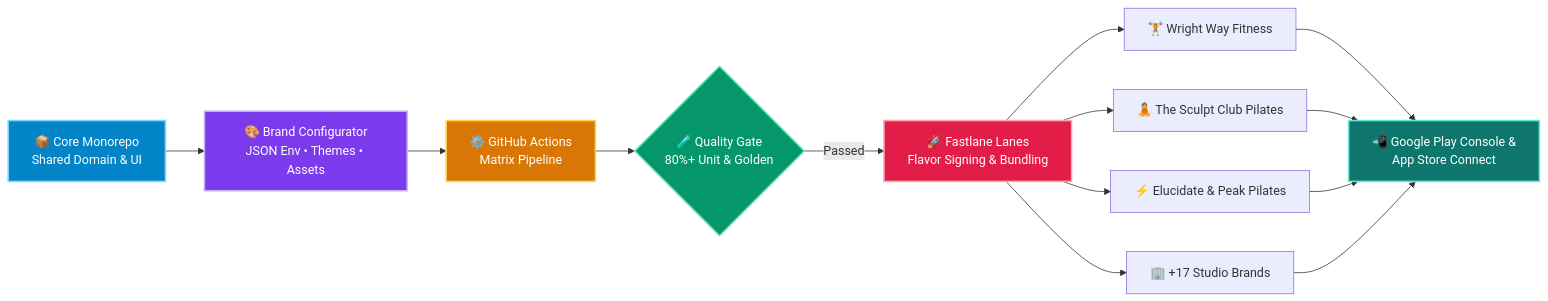
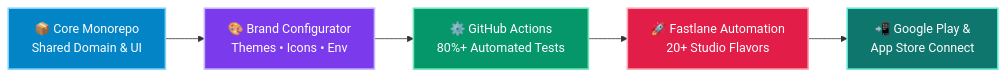
The second of 3 diagrams in README.md (ibrahemk/ibrahemk), drawn with Mermaid before and after one commit. The commit also changed other lines of this file, not shown here.

````diff
--- a/README.md
+++ b/README.md
@@ -118,21 +76,13 @@
 ```mermaid
 flowchart LR
-    Core["📦 Core Monorepo<br/>Shared Domain & UI"] --> Injector["🎨 Brand Configurator<br/>JSON Env • Themes • Assets"]
-    Injector --> CI["⚙️ GitHub Actions<br/>Matrix Pipeline"]
-    CI --> QA{"🧪 Quality Gate<br/>80%+ Unit & Golden"}
-    QA -->|"Passed"| Fastlane["🚀 Fastlane Lanes<br/>Flavor Signing & Bundling"]
-
-    Fastlane --> B1["🏋️ Wright Way Fitness"]
-    Fastlane --> B2["🧘 The Sculpt Club Pilates"]
-    Fastlane --> B3["⚡ Elucidate & Peak Pilates"]
-    Fastlane --> BN["🏢 +17 Studio Brands"]
-
-    B1 & B2 & B3 & BN --> Stores["📲 Google Play Console &<br/>App Store Connect"]
+    Core["📦 Core Monorepo<br/>Shared Domain & UI"] --> Injector["🎨 Brand Configurator<br/>Themes • Icons • Env"]
+    Injector --> CI["⚙️ GitHub Actions<br/>80%+ Automated Tests"]
+    CI --> Fastlane["🚀 Fastlane Automation<br/>20+ Studio Flavors"]
+    Fastlane --> Stores["📲 Google Play &<br/>App Store Connect"]
 
     style Core fill:#0284C7,stroke:#7DD3FC,stroke-width:2px,color:#ffffff
     style Injector fill:#7C3AED,stroke:#C4B5FD,stroke-width:2px,color:#ffffff
-    style CI fill:#D97706,stroke:#FCD34D,stroke-width:2px,color:#ffffff
-    style QA fill:#059669,stroke:#6EE7B7,stroke-width:2px,color:#ffffff
+    style CI fill:#059669,stroke:#6EE7B7,stroke-width:2px,color:#ffffff
     style Fastlane fill:#E11D48,stroke:#FDA4AF,stroke-width:2px,color:#ffffff
     style Stores fill:#0F766E,stroke:#5EEAD4,stroke-width:2px,color:#ffffff
 ```
````
